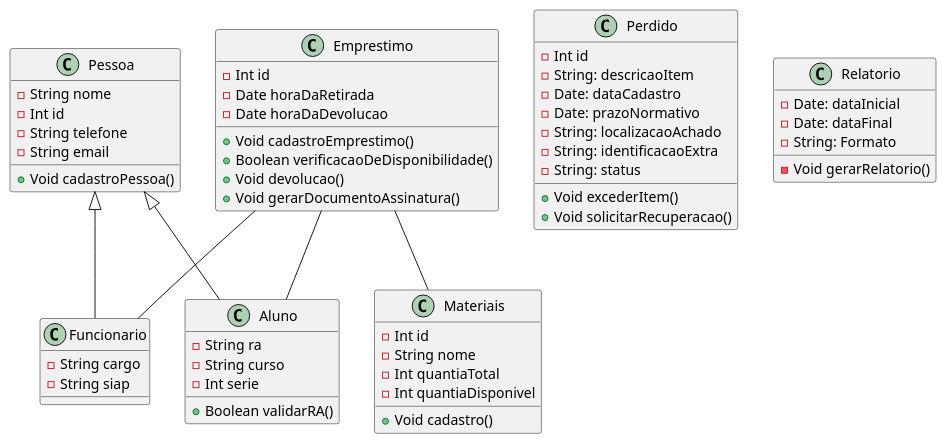
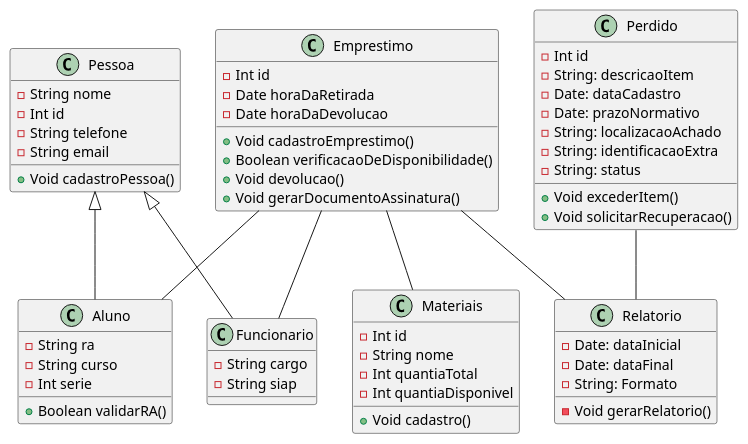
Before and after one commit to danielalvesmoura/APS-Compartilhado: the diagram in diagramaDeClasse.puml, drawn with PlantUML.

```diff
--- a/diagramaDeClasse.puml
+++ b/diagramaDeClasse.puml
@@ -1,72 +1,73 @@
 @startuml   
 
 class Pessoa { 
     -String nome
     -Int id
     -String telefone
     -String email
 
     +Void cadastroPessoa()
 }
  
 class Aluno {
     -String ra
     -String curso
     -Int serie
 
     +Boolean validarRA()
 }
 
 class Funcionario {
     -String cargo
     -String siap
 }
 
 class Materiais {
     -Int id
     -String nome
     -Int quantiaTotal
     -Int quantiaDisponivel
 
     +Void cadastro()
 }
 
 class Emprestimo{
     -Int id
     -Date horaDaRetirada
     -Date horaDaDevolucao
 
     +Void cadastroEmprestimo()
     +Boolean verificacaoDeDisponibilidade()
     +Void devolucao()
     +Void gerarDocumentoAssinatura()
 }
 
 class Perdido {
     -Int id
     -String: descricaoItem
     -Date: dataCadastro
     -Date: prazoNormativo
     -String: localizacaoAchado
     -String: identificacaoExtra
     -String: status
     +Void excederItem()
     +Void solicitarRecuperacao()
 }
 
 class Relatorio {
     -Date: dataInicial
     -Date: dataFinal
     -String: Formato
     -Void gerarRelatorio()
 }
 
 
 Pessoa <|-- Aluno
 Pessoa <|-- Funcionario
 Emprestimo -- Materiais
 Emprestimo -- Aluno
 Emprestimo -- Funcionario
-
+Perdido -- Relatorio
+Emprestimo -- Relatorio
 
 @enduml
```
